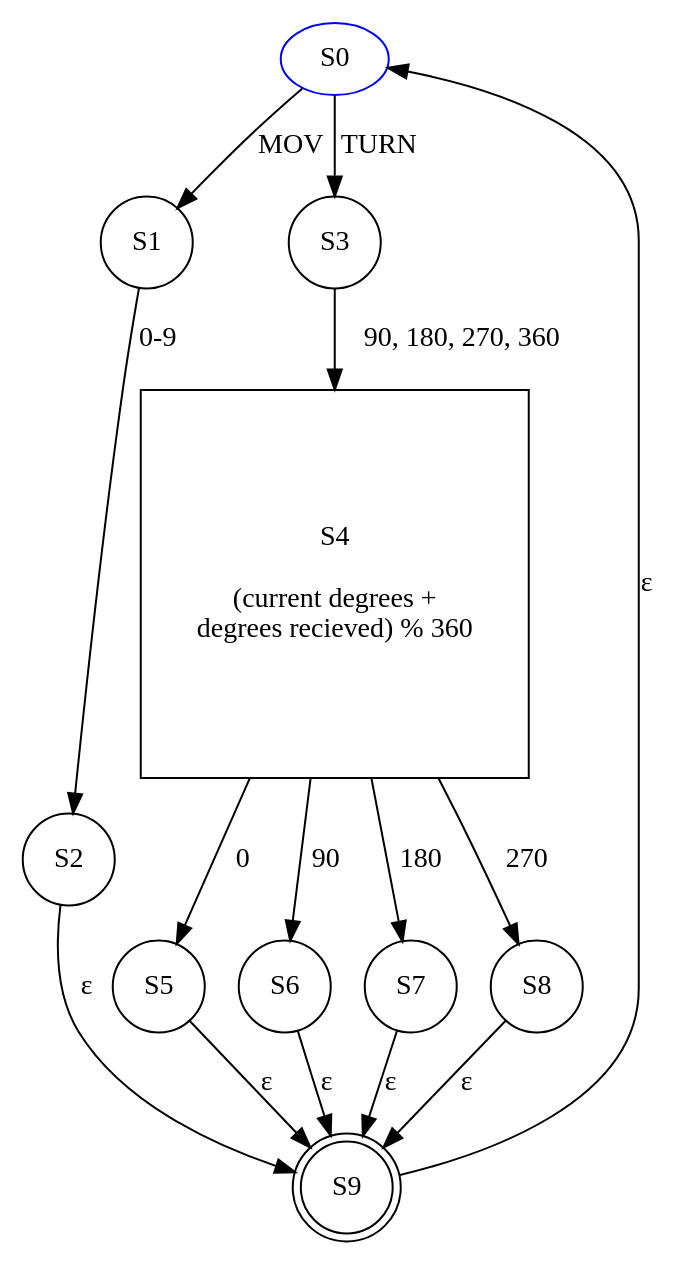
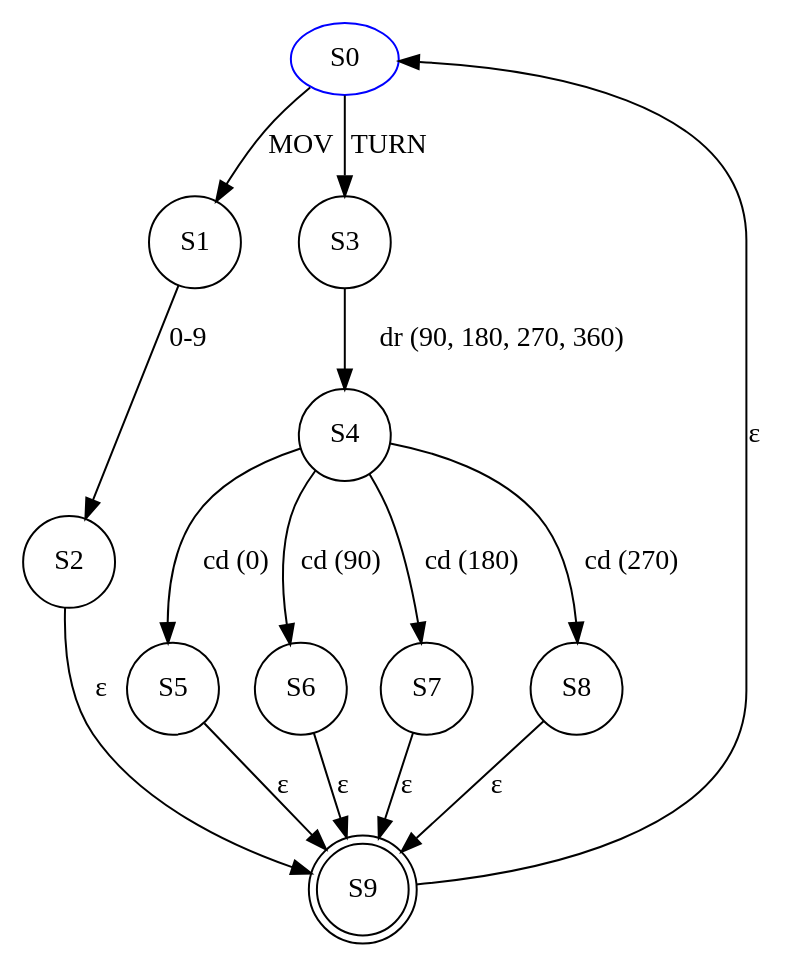
One commit to AlanRuro/Robot-Compiler changed the diagram in automata/automata.gv. Above: the diagram before and after it, drawn with Graphviz. The commit also changed 3 other files, not shown here.

```diff
--- a/automata/automata.gv
+++ b/automata/automata.gv
@@ -1,41 +1,21 @@
 digraph G {
 	node [color=blue]
 	S0
-	node [color=black shape=square]
-	"S4
-
-(current degrees + 
-degrees recieved) % 360"
 	node [color=black shape=doublecircle]
 	S9
 	node [color=black shape=circle]
 	S0 -> S1 [label=MOV]
 	S1 -> S2 [label="0-9"]
 	S2 -> S9 [label="ε"]
 	S0 -> S3 [label=TURN]
-	S3 -> "S4
-
-(current degrees + 
-degrees recieved) % 360" [label="90, 180, 270, 360"]
-	"S4
-
-(current degrees + 
-degrees recieved) % 360" -> S5 [label=0]
-	"S4
-
-(current degrees + 
-degrees recieved) % 360" -> S6 [label=90]
-	"S4
-
-(current degrees + 
-degrees recieved) % 360" -> S7 [label=180]
-	"S4
-
-(current degrees + 
-degrees recieved) % 360" -> S8 [label=270]
+	S3 -> S4 [label="dr (90, 180, 270, 360)"]
+	S4 -> S5 [label="cd (0)"]
+	S4 -> S6 [label="cd (90)"]
+	S4 -> S7 [label="cd (180)"]
+	S4 -> S8 [label="cd (270)"]
 	S5 -> S9 [label="ε"]
 	S6 -> S9 [label="ε"]
 	S7 -> S9 [label="ε"]
 	S8 -> S9 [label="ε"]
 	S9 -> S0 [label="ε"]
 }
```
